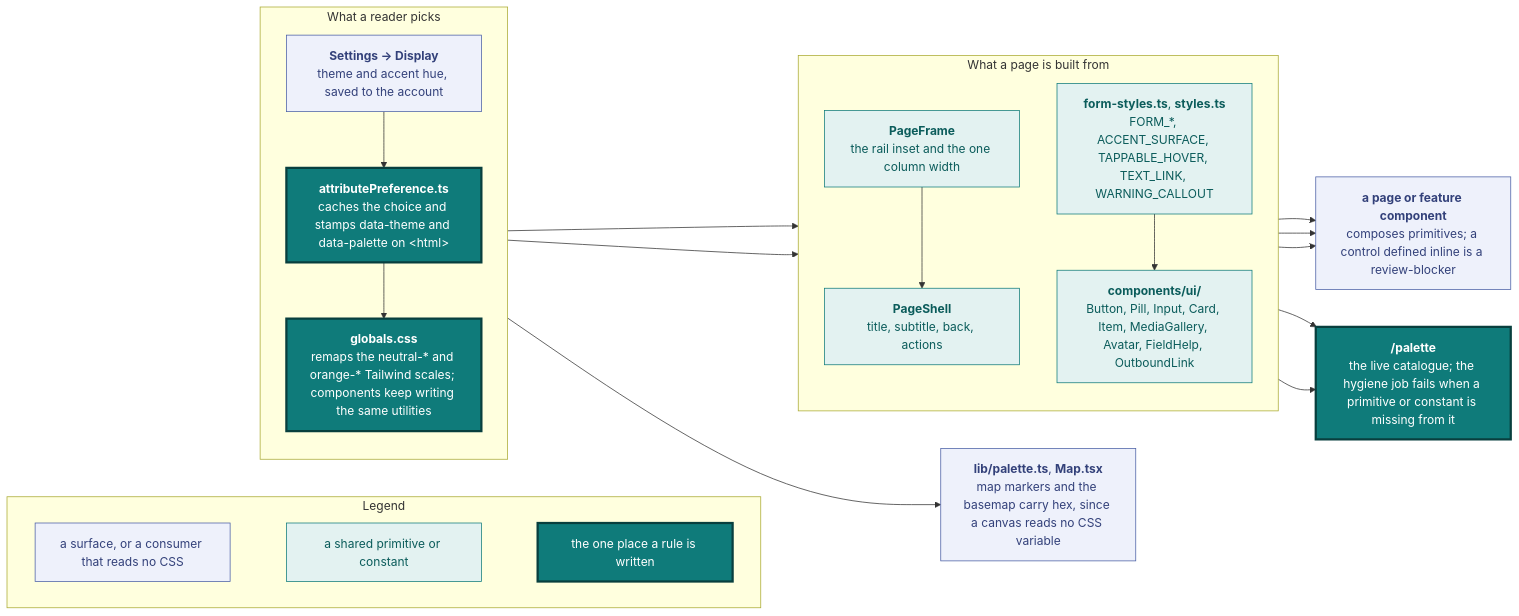
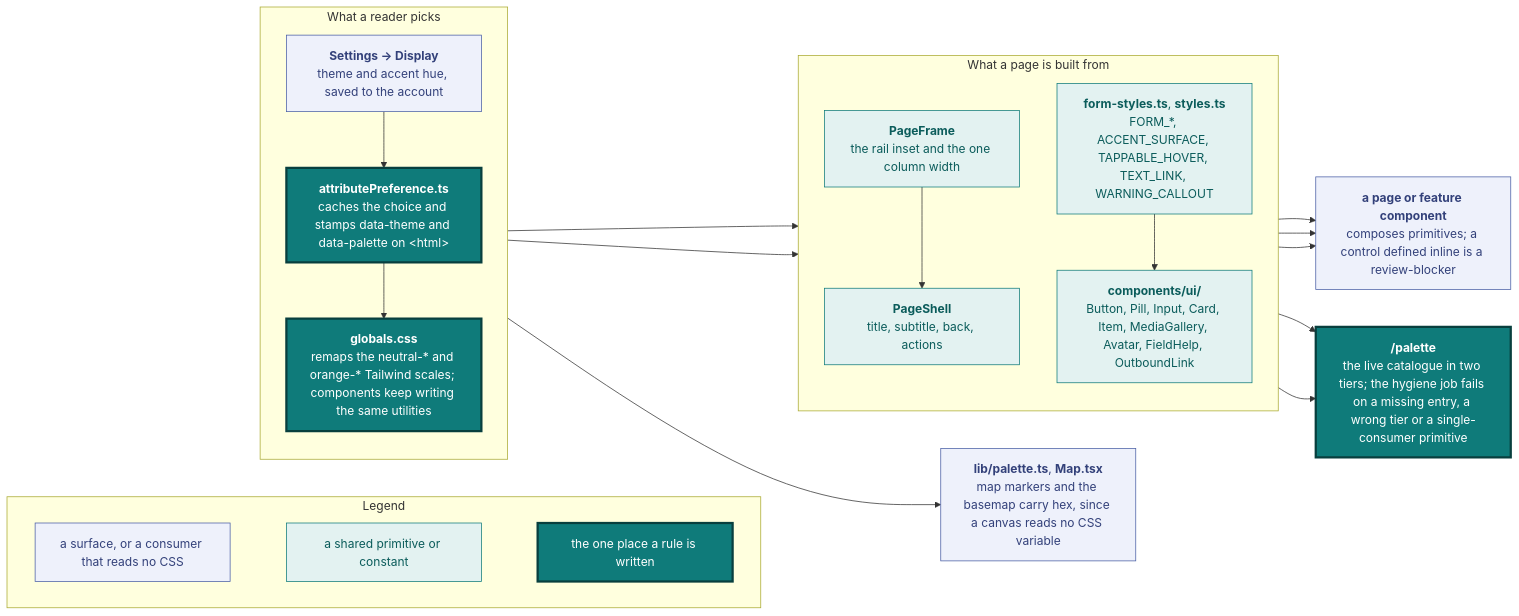
Before and after one commit to vidithq/vidit: the first of 23 diagrams in docs/design.md, drawn with Mermaid. The commit also changed other lines of this file and 227 other files, not shown here.

````diff
--- a/docs/design.md
+++ b/docs/design.md
@@ -5,56 +5,56 @@
 ```mermaid
 flowchart LR
   classDef spec fill:#eef1fb,stroke:#4a5fa5,color:#33417a
   classDef shared fill:#e3f2f1,stroke:#0f7b7a,color:#0b5c5b
   classDef core fill:#0f7b7a,stroke:#083f3e,stroke-width:3px,color:#ffffff
 
   subgraph legend [Legend]
     direction LR
     l1["`a surface, or a consumer that reads no CSS`"]:::spec
     l2["`a shared primitive or constant`"]:::shared
     l3["`the one place a rule is written`"]:::core
     l1 ~~~ l2 ~~~ l3
   end
 
   subgraph pref [What a reader picks]
     direction TB
     settings["`**Settings → Display**
     theme and accent hue, saved to the account`"]:::spec
     attr["`**attributePreference.ts**
     caches the choice and stamps data-theme and data-palette on &lt;html&gt;`"]:::core
     globals["`**globals.css**
     remaps the neutral-* and orange-* Tailwind scales; components keep writing the same utilities`"]:::core
     settings --> attr --> globals
   end
 
   canvas["`**lib/palette.ts**, **Map.tsx**
   map markers and the basemap carry hex, since a canvas reads no CSS variable`"]:::spec
 
   subgraph build [What a page is built from]
     direction TB
     frame["`**PageFrame**
     the rail inset and the one column width`"]:::shared
     shell["`**PageShell**
     title, subtitle, back, actions`"]:::shared
     prims["`**components/ui/**
     Button, Pill, Input, Card, Item, MediaGallery, Avatar, FieldHelp, OutboundLink`"]:::shared
     consts["`**form-styles.ts**, **styles.ts**
     FORM_*, ACCENT_SURFACE, TAPPABLE_HOVER, TEXT_LINK, WARNING_CALLOUT`"]:::shared
     frame --> shell
     consts --> prims
   end
 
   page["`**a page or feature component**
   composes primitives; a control defined inline is a review-blocker`"]:::spec
   catalogue["`**/palette**
-  the live catalogue; the hygiene job fails when a primitive or constant is missing from it`"]:::core
+  the live catalogue in two tiers; the hygiene job fails on a missing entry, a wrong tier or a single-consumer primitive`"]:::core
 
   globals --> prims
   globals --> consts
   attr --> canvas
   shell --> page
   prims --> page
   consts --> page
   prims --> catalogue
   consts --> catalogue
 ```
````
